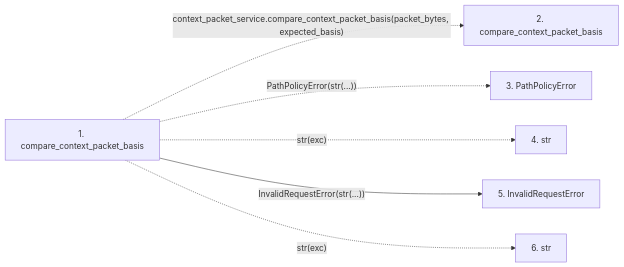
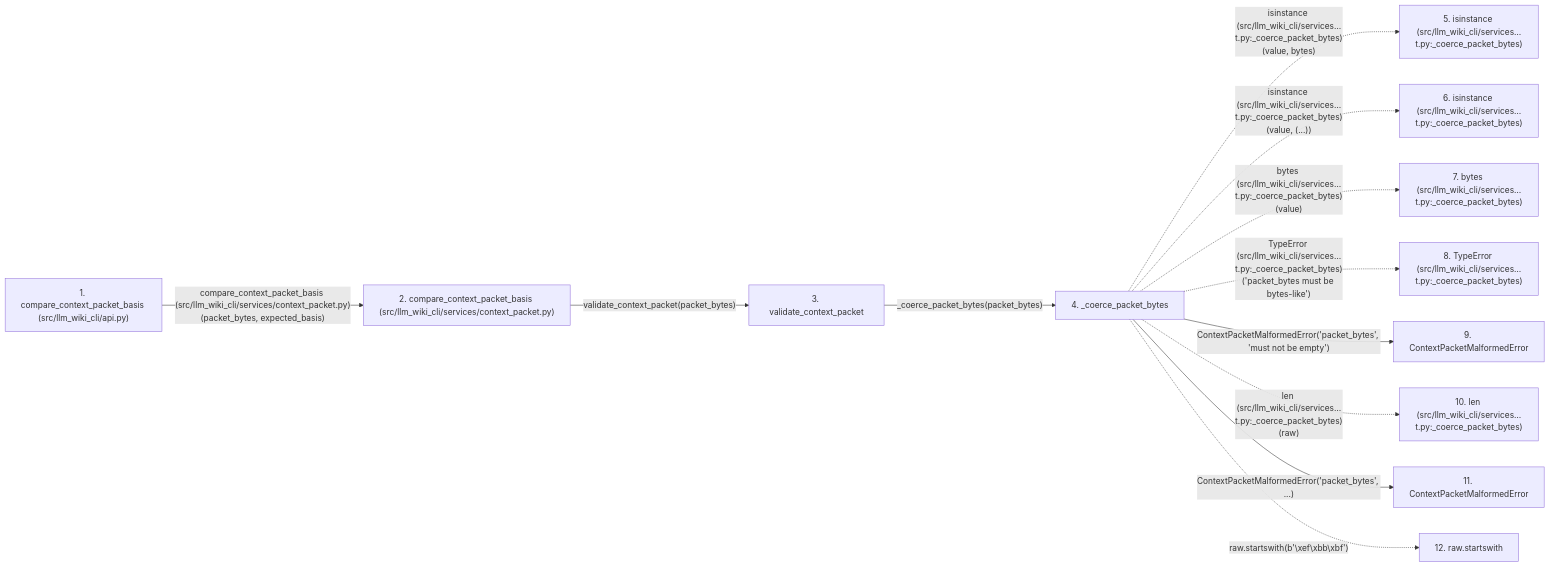
Before and after one commit to Denissvgn/python-wiki-llm: the second of 2 diagrams in docs/llm_wiki/flows/api-compare_context_packet_basis-api.md, drawn with Mermaid. The commit also changed other lines of this file and 719 other files, not shown here.

````diff
--- a/docs/llm_wiki/flows/api-compare_context_packet_basis-api.md
+++ b/docs/llm_wiki/flows/api-compare_context_packet_basis-api.md
@@ -26,16 +72,32 @@
 ```mermaid
 flowchart LR
-    s1["1. compare_context_packet_basis"]
-    s2["2. compare_context_packet_basis"]
-    s3["3. PathPolicyError"]
-    s4["4. str"]
-    s5["5. InvalidRequestError"]
-    s6["6. str"]
-    s1 -. "context_packet_service.compare_context_packet_basis(packet_bytes, expected_basis)" .-> s2
-    s1 -. "PathPolicyError(str(...))" .-> s3
-    s1 -. "str(exc)" .-> s4
-    s1 -->|"InvalidRequestError(str(...))"| s5
-    s1 -. "str(exc)" .-> s6
+    s1["1. compare_context_packet_basis (src/llm_wiki_cli/api.py)"]
+    s2["2. compare_context_packet_basis (src/llm_wiki_cli/services/context_packet.py)"]
+    s3["3. validate_context_packet"]
+    s4["4. _coerce_packet_bytes"]
+    s5["5. isinstance (src/llm_wiki_cli/services…t.py:_coerce_packet_bytes)"]
+    s6["6. isinstance (src/llm_wiki_cli/services…t.py:_coerce_packet_bytes)"]
+    s7["7. bytes (src/llm_wiki_cli/services…t.py:_coerce_packet_bytes)"]
+    s8["8. TypeError (src/llm_wiki_cli/services…t.py:_coerce_packet_bytes)"]
+    s9["9. ContextPacketMalformedError"]
+    s10["10. len (src/llm_wiki_cli/services…t.py:_coerce_packet_bytes)"]
+    s11["11. ContextPacketMalformedError"]
+    s12["12. raw.startswith"]
+    s1 -->|"compare_context_packet_basis (src/llm_wiki_cli/services/context_packet.py)(packet_bytes, expected_basis)"| s2
+    s2 -->|"validate_context_packet(packet_bytes)"| s3
+    s3 -->|"_coerce_packet_bytes(packet_bytes)"| s4
+    s4 -. "isinstance (src/llm_wiki_cli/services…t.py:_coerce_packet_bytes)(value, bytes)" .-> s5
+    s4 -. "isinstance (src/llm_wiki_cli/services…t.py:_coerce_packet_bytes)(value, (...))" .-> s6
+    s4 -. "bytes (src/llm_wiki_cli/services…t.py:_coerce_packet_bytes)(value)" .-> s7
+    s4 -. "TypeError (src/llm_wiki_cli/services…t.py:_coerce_packet_bytes)('packet_bytes must be bytes-like')" .-> s8
+    s4 -->|"ContextPacketMalformedError('packet_bytes', 'must not be empty')"| s9
+    s4 -. "len (src/llm_wiki_cli/services…t.py:_coerce_packet_bytes)(raw)" .-> s10
+    s4 -->|"ContextPacketMalformedError('packet_bytes', ...)"| s11
+    s4 -. "raw.startswith(b'\xef\xbb\xbf')" .-> s12
     click s1 "../modules/api.md"
-    click s5 "../modules/api.md"
+    click s2 "../modules/context_packet.md"
+    click s3 "../modules/context_packet.md"
+    click s4 "../modules/context_packet.md"
+    click s9 "../modules/context_packet.md"
+    click s11 "../modules/context_packet.md"
 ```
````
